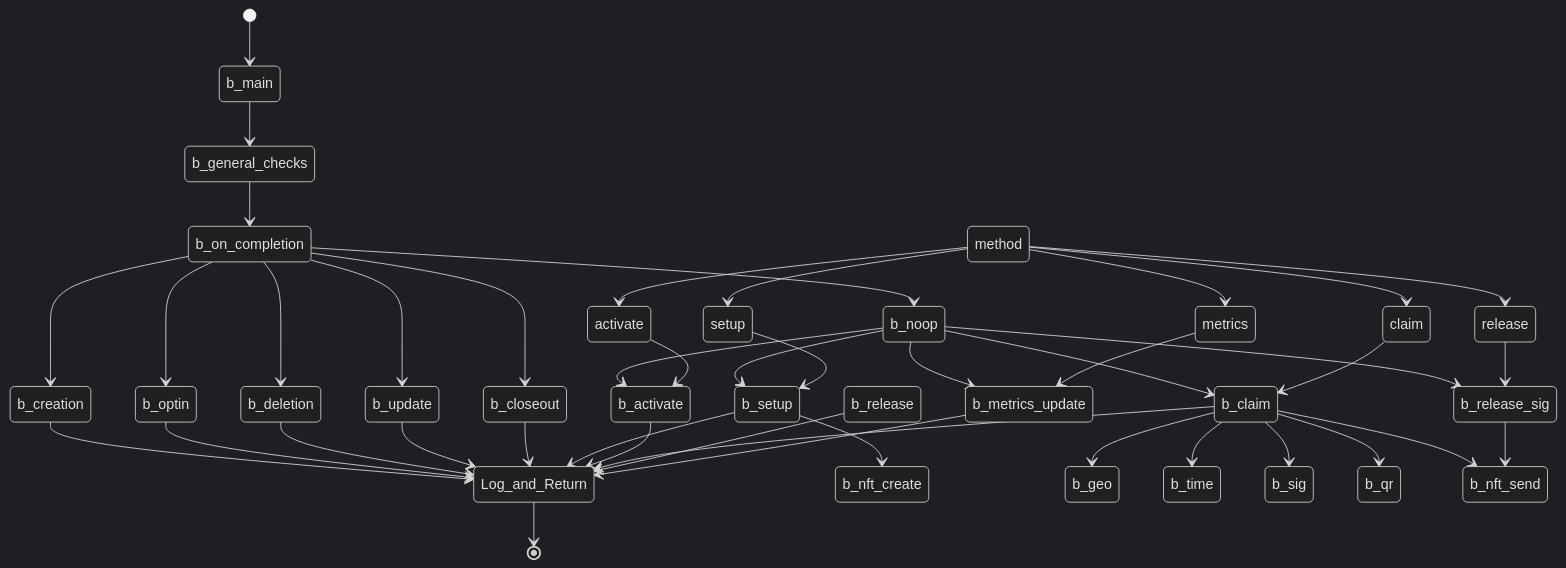
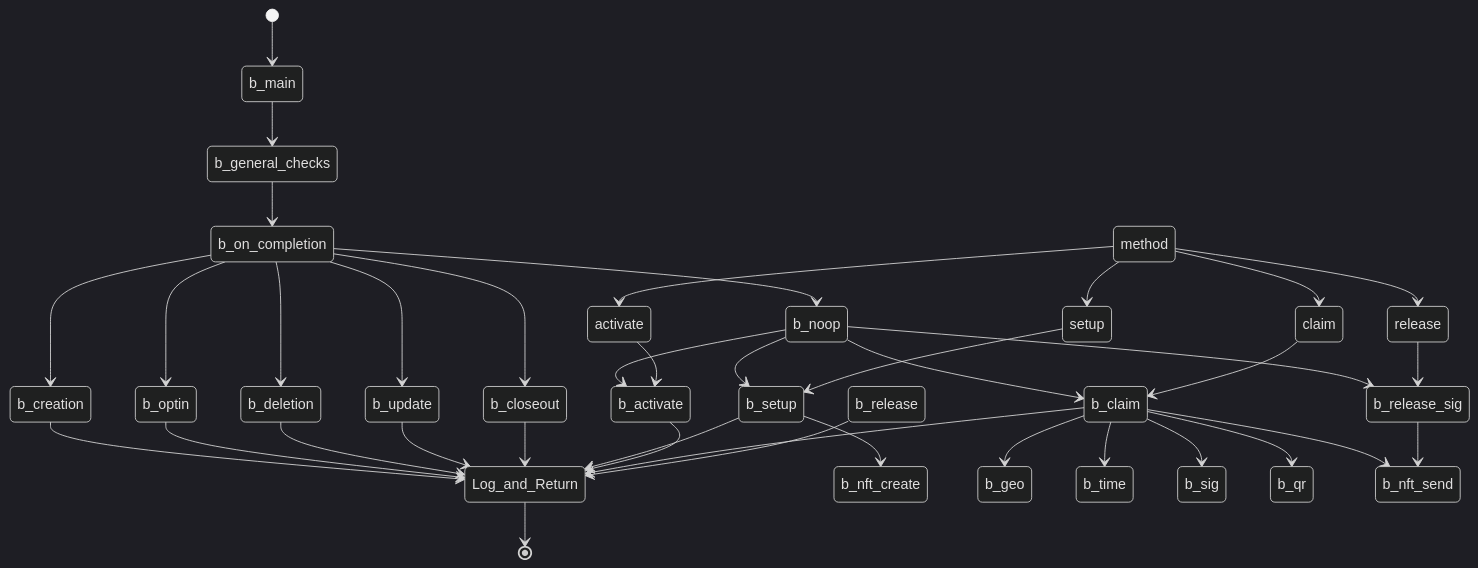
The eighth of 10 diagrams in profile/README.md (GoPlausible/.github), drawn with Mermaid (dark theme) before and after one commit. The commit also changed other lines of this file, not shown here.

````diff
--- a/profile/README.md
+++ b/profile/README.md
@@ -257,54 +266,50 @@
 ```mermaid
   stateDiagram-v2
     [*] --> b_main
     b_main --> b_general_checks
     b_general_checks --> b_on_completion
     
     b_on_completion --> b_creation
     b_creation --> Log_and_Return
     b_on_completion --> b_optin
     b_optin --> Log_and_Return
     b_on_completion --> b_deletion
     b_deletion --> Log_and_Return
     b_on_completion --> b_update
     b_update --> Log_and_Return
     b_on_completion --> b_closeout
     b_closeout --> Log_and_Return
 
     b_on_completion --> b_noop
     b_noop --> b_setup
     method --> setup
     setup --> b_setup
     b_setup --> b_nft_create
     b_setup --> Log_and_Return
 
     b_noop --> b_activate
     method --> activate
     activate --> b_activate
     b_activate --> Log_and_Return
 
     b_noop --> b_claim
     method --> claim
     claim --> b_claim
 
     b_claim --> b_geo
     b_claim --> b_time
     b_claim --> b_sig
     b_claim --> b_qr
     b_claim --> b_nft_send
     b_claim --> Log_and_Return
 
     b_noop --> b_release_sig
     method --> release
     release --> b_release_sig
     b_release_sig --> b_nft_send
     b_release --> Log_and_Return
-   
-    b_noop --> b_metrics_update
-    method --> metrics
-    metrics --> b_metrics_update
-    b_metrics_update --> Log_and_Return
+  
     
     Log_and_Return --> [*]
     
 ```
````
